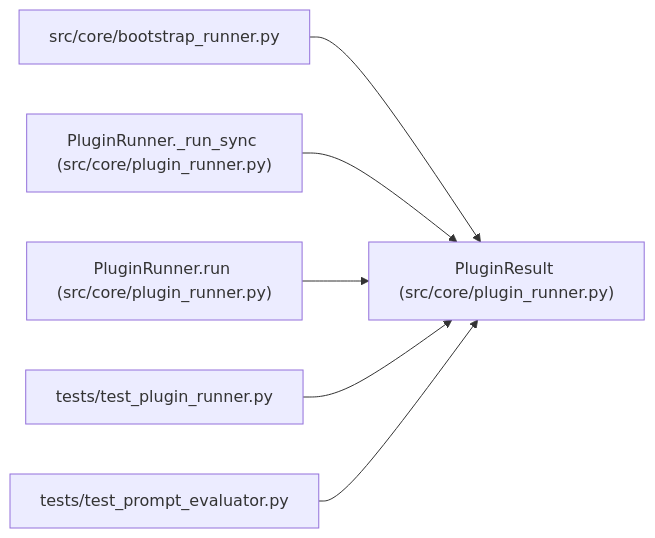
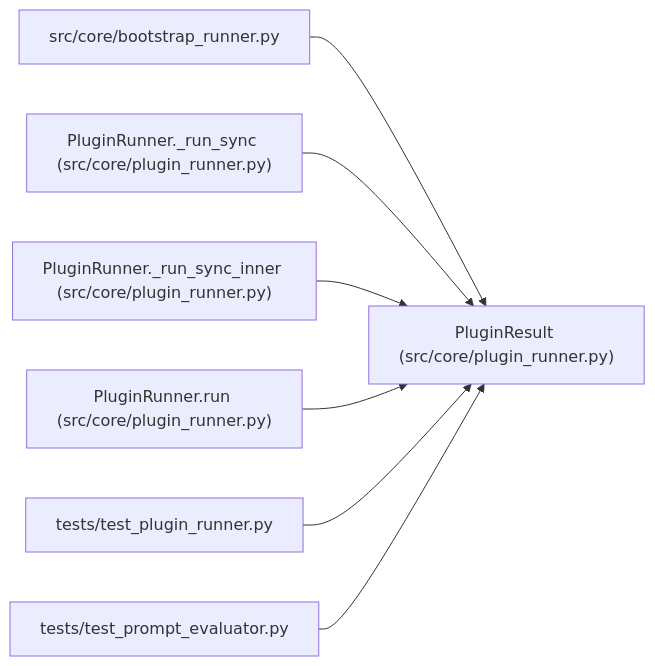
Before and after one commit to Denissvgn/autoresearch-agent: the diagram in docs/llm_wiki/entities/PluginResult.md, drawn with Mermaid. The commit also changed other lines of this file and 35 other files, not shown here.

````diff
--- a/docs/llm_wiki/entities/PluginResult.md
+++ b/docs/llm_wiki/entities/PluginResult.md
@@ -44,20 +45,23 @@
 ```mermaid
 flowchart LR
     n0["PluginResult (src/core/plugin_runner.py)"]
     n1["src/core/bootstrap_runner.py"]
     n2["PluginRunner._run_sync (src/core/plugin_runner.py)"]
-    n3["PluginRunner.run (src/core/plugin_runner.py)"]
-    n4["tests/test_plugin_runner.py"]
-    n5["tests/test_prompt_evaluator.py"]
+    n3["PluginRunner._run_sync_inner (src/core/plugin_runner.py)"]
+    n4["PluginRunner.run (src/core/plugin_runner.py)"]
+    n5["tests/test_plugin_runner.py"]
+    n6["tests/test_prompt_evaluator.py"]
     n1 --> n0
     n2 --> n0
     n3 --> n0
     n4 --> n0
     n5 --> n0
+    n6 --> n0
     click n0 "../modules/plugin_runner.md"
     click n1 "../modules/bootstrap_runner.md"
     click n2 "../modules/plugin_runner.md"
     click n3 "../modules/plugin_runner.md"
-    click n4 "../modules/test_plugin_runner.md"
-    click n5 "../modules/test_prompt_evaluator.md"
+    click n4 "../modules/plugin_runner.md"
+    click n5 "../modules/test_plugin_runner.md"
+    click n6 "../modules/test_prompt_evaluator.md"
 ```
````
